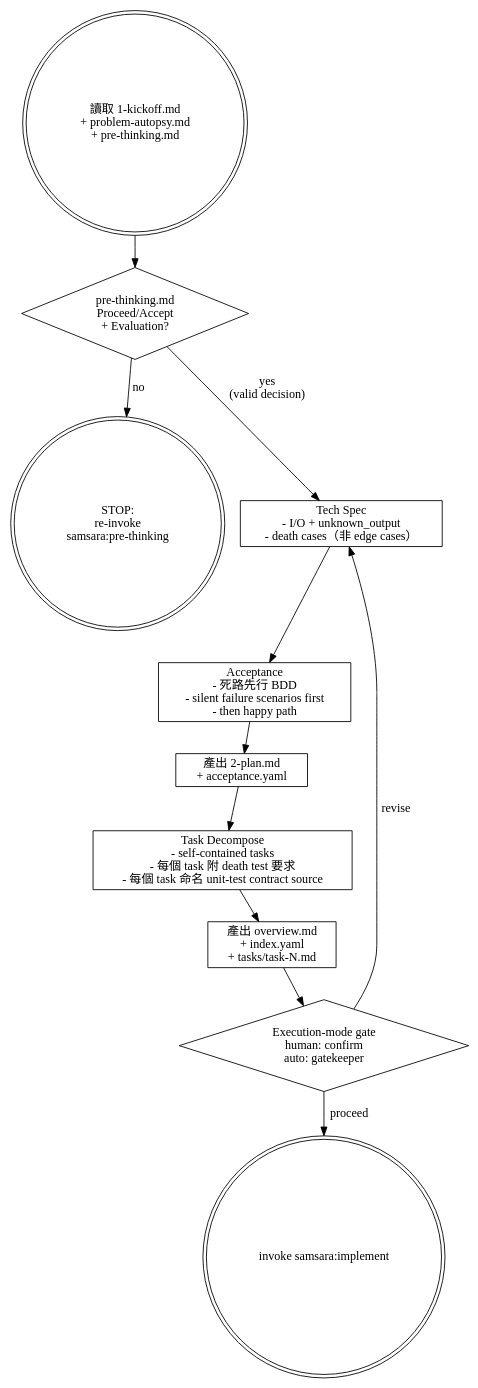
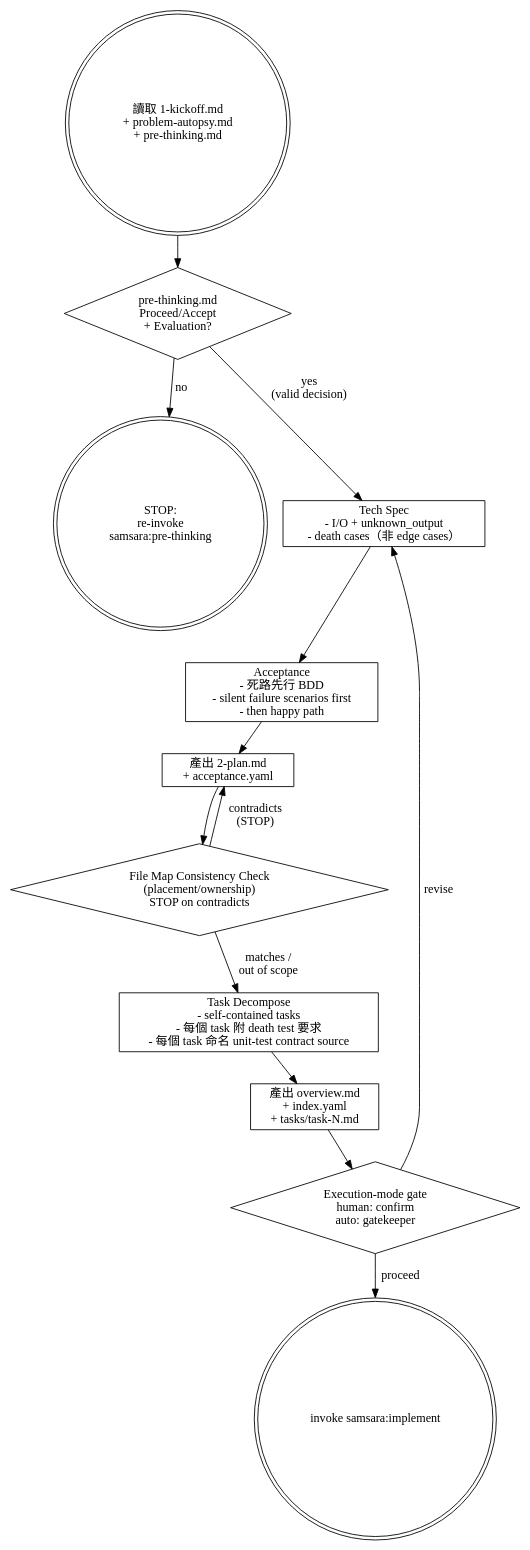
Before and after one commit to roymondliao/samsara: the diagram in skills/planning/SKILL.md, drawn with Graphviz. The commit also changed other lines of this file and 17 other files, not shown here.

First line of the commit message:
feat(samsara): add placement-consistency gate (A4/Issue-001) [scar:7 items]

````diff
--- a/skills/planning/SKILL.md
+++ b/skills/planning/SKILL.md
@@ -23,27 +23,30 @@
 ```dot
 digraph planning {
     node [shape=box];
 
     start [label="讀取 1-kickoff.md\n+ problem-autopsy.md\n+ pre-thinking.md" shape=doublecircle];
     guard [label="pre-thinking.md\nProceed/Accept\n+ Evaluation?" shape=diamond];
     blocked [label="STOP:\nre-invoke\nsamsara:pre-thinking" shape=doublecircle];
     spec [label="Tech Spec\n- I/O + unknown_output\n- death cases（非 edge cases）"];
     acceptance [label="Acceptance\n- 死路先行 BDD\n- silent failure scenarios first\n- then happy path"];
     plan [label="產出 2-plan.md\n+ acceptance.yaml"];
+    consistency [label="File Map Consistency Check\n(placement/ownership)\nSTOP on contradicts" shape=diamond];
     decompose [label="Task Decompose\n- self-contained tasks\n- 每個 task 附 death test 要求\n- 每個 task 命名 unit-test contract source"];
     output [label="產出 overview.md\n+ index.yaml\n+ tasks/task-N.md"];
     gate [label="Execution-mode gate\nhuman: confirm\nauto: gatekeeper" shape=diamond];
     next [label="invoke samsara:implement" shape=doublecircle];
 
     start -> guard;
     guard -> spec [label="yes\n(valid decision)"];
     guard -> blocked [label="no"];
     spec -> acceptance;
     acceptance -> plan;
-    plan -> decompose;
+    plan -> consistency;
+    consistency -> decompose [label="matches /\nout of scope"];
+    consistency -> plan [label="contradicts\n(STOP)"];
     decompose -> output;
     output -> gate;
     gate -> next [label="proceed"];
     gate -> spec [label="revise"];
 }
 ```
````
